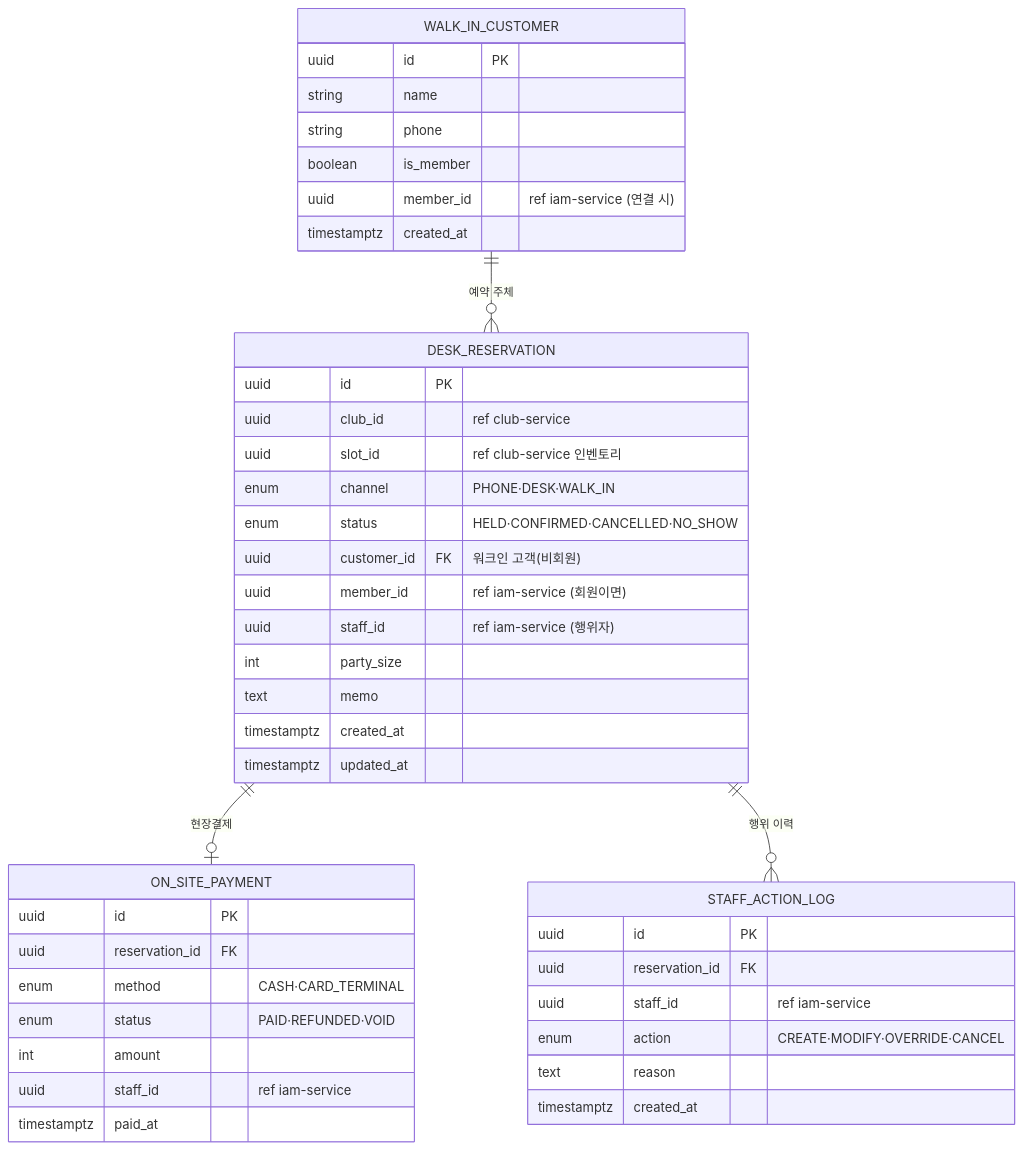
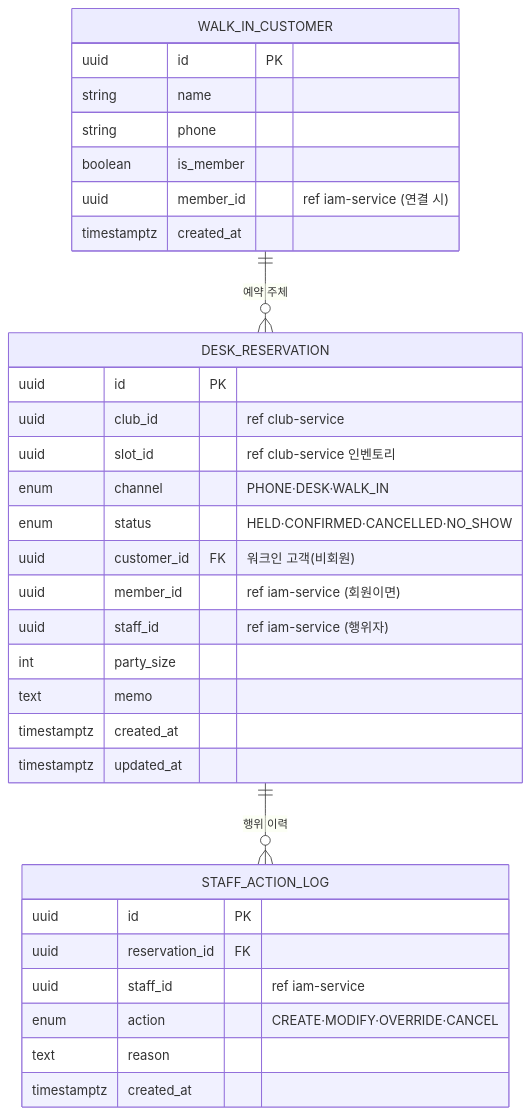
The second of 10 diagrams in docs/architecture/erp-booking-split.md (uniyous/parkgolf-platform), drawn with Mermaid before and after one commit. The commit also changed other lines of this file and 793 other files, not shown here.

````diff
--- a/docs/architecture/erp-booking-split.md
+++ b/docs/architecture/erp-booking-split.md
@@ -93,46 +163,35 @@
 ```mermaid
 erDiagram
     DESK_RESERVATION {
         uuid id PK
         uuid club_id "ref club-service"
         uuid slot_id "ref club-service 인벤토리"
         enum channel "PHONE·DESK·WALK_IN"
         enum status "HELD·CONFIRMED·CANCELLED·NO_SHOW"
         uuid customer_id FK "워크인 고객(비회원)"
         uuid member_id "ref iam-service (회원이면)"
         uuid staff_id "ref iam-service (행위자)"
         int party_size
         text memo
         timestamptz created_at
         timestamptz updated_at
     }
     WALK_IN_CUSTOMER {
         uuid id PK
         string name
         string phone
         boolean is_member
         uuid member_id "ref iam-service (연결 시)"
         timestamptz created_at
     }
-    ON_SITE_PAYMENT {
-        uuid id PK
-        uuid reservation_id FK
-        enum method "CASH·CARD_TERMINAL"
-        enum status "PAID·REFUNDED·VOID"
-        int amount
-        uuid staff_id "ref iam-service"
-        timestamptz paid_at
-    }
     STAFF_ACTION_LOG {
         uuid id PK
         uuid reservation_id FK
         uuid staff_id "ref iam-service"
         enum action "CREATE·MODIFY·OVERRIDE·CANCEL"
         text reason
         timestamptz created_at
     }
-
     WALK_IN_CUSTOMER ||--o{ DESK_RESERVATION : "예약 주체"
-    DESK_RESERVATION ||--o| ON_SITE_PAYMENT : "현장결제"
     DESK_RESERVATION ||--o{ STAFF_ACTION_LOG : "행위 이력"
 ```
````
